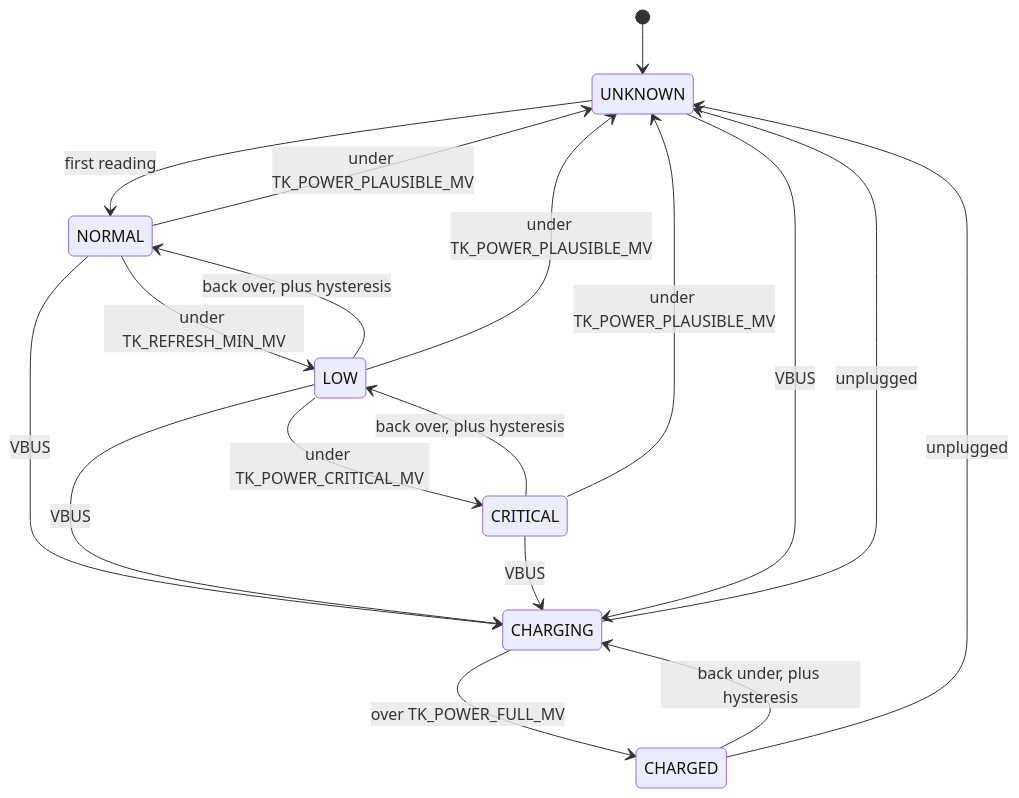
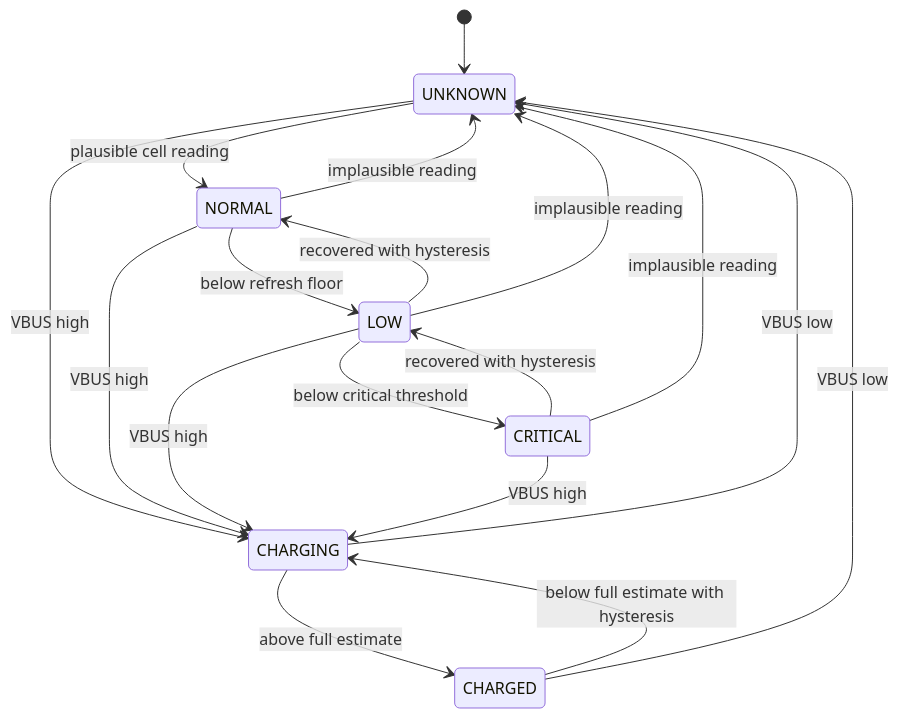
Before and after one commit to giacomomellone/cicala: the sixth of 9 diagrams in docs/firmware_architecture.md, drawn with Mermaid. The commit also changed other lines of this file and 259 other files, not shown here.

````diff
--- a/docs/firmware_architecture.md
+++ b/docs/firmware_architecture.md
@@ -820,22 +256,20 @@
 ```mermaid
 stateDiagram-v2
     [*] --> UNKNOWN
-    UNKNOWN --> NORMAL: first reading
-    NORMAL --> LOW: under TK_REFRESH_MIN_MV
-    LOW --> CRITICAL: under TK_POWER_CRITICAL_MV
-    CRITICAL --> LOW: back over, plus hysteresis
-    LOW --> NORMAL: back over, plus hysteresis
-
-    NORMAL --> UNKNOWN: under TK_POWER_PLAUSIBLE_MV
-    LOW --> UNKNOWN: under TK_POWER_PLAUSIBLE_MV
-    CRITICAL --> UNKNOWN: under TK_POWER_PLAUSIBLE_MV
-
-    NORMAL --> CHARGING: VBUS
-    LOW --> CHARGING: VBUS
-    CRITICAL --> CHARGING: VBUS
-    UNKNOWN --> CHARGING: VBUS
-    CHARGING --> CHARGED: over TK_POWER_FULL_MV
-    CHARGED --> CHARGING: back under, plus hysteresis
-    CHARGING --> UNKNOWN: unplugged
-    CHARGED --> UNKNOWN: unplugged
+    UNKNOWN --> NORMAL: plausible cell reading
+    NORMAL --> LOW: below refresh floor
+    LOW --> CRITICAL: below critical threshold
+    CRITICAL --> LOW: recovered with hysteresis
+    LOW --> NORMAL: recovered with hysteresis
+    NORMAL --> UNKNOWN: implausible reading
+    LOW --> UNKNOWN: implausible reading
+    CRITICAL --> UNKNOWN: implausible reading
+    UNKNOWN --> CHARGING: VBUS high
+    NORMAL --> CHARGING: VBUS high
+    LOW --> CHARGING: VBUS high
+    CRITICAL --> CHARGING: VBUS high
+    CHARGING --> CHARGED: above full estimate
+    CHARGED --> CHARGING: below full estimate with hysteresis
+    CHARGING --> UNKNOWN: VBUS low
+    CHARGED --> UNKNOWN: VBUS low
 ```
````
